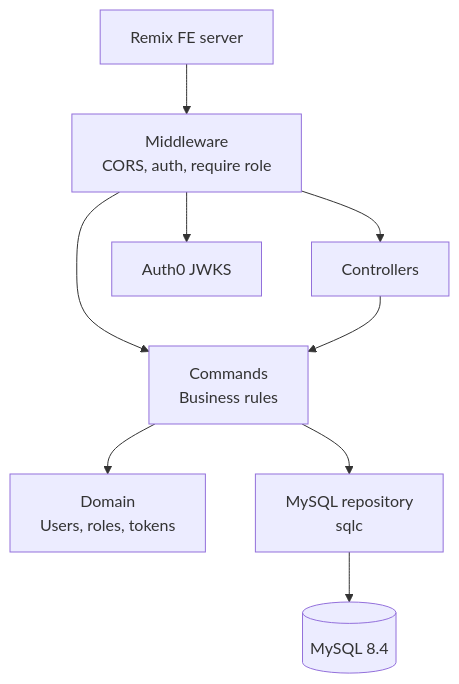
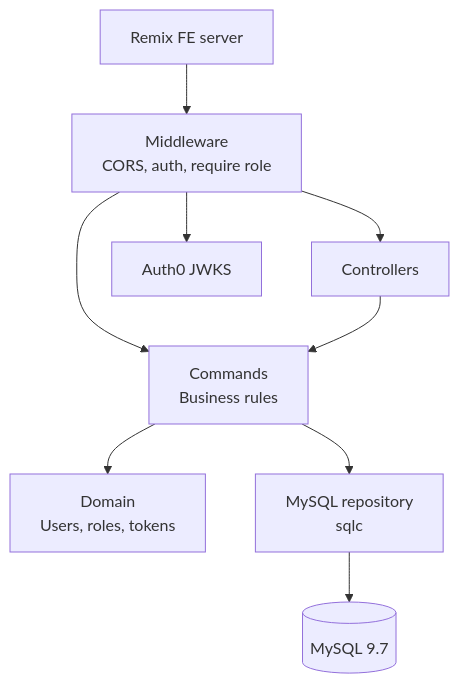
The diagram in README.md (jbeshir/bardic-torch), drawn with Mermaid before and after one commit. The commit also changed other lines of this file and 8 other files, not shown here.

````diff
--- a/README.md
+++ b/README.md
@@ -30,20 +30,20 @@
 ```mermaid
 graph TD
     FE[Remix FE server]
     MW[Middleware<br/>CORS, auth, require role]
     CTRL[Controllers]
     CMD[Commands<br/>Business rules]
     DOM[Domain<br/>Users, roles, tokens]
     REPO[MySQL repository<br/>sqlc]
-    DB[(MySQL 8.4)]
+    DB[(MySQL 9.7)]
     AUTH0[Auth0 JWKS]
 
     FE --> MW
     MW --> AUTH0
     MW --> CMD
     MW --> CTRL
     CTRL --> CMD
     CMD --> DOM
     CMD --> REPO
     REPO --> DB
 ```
````
